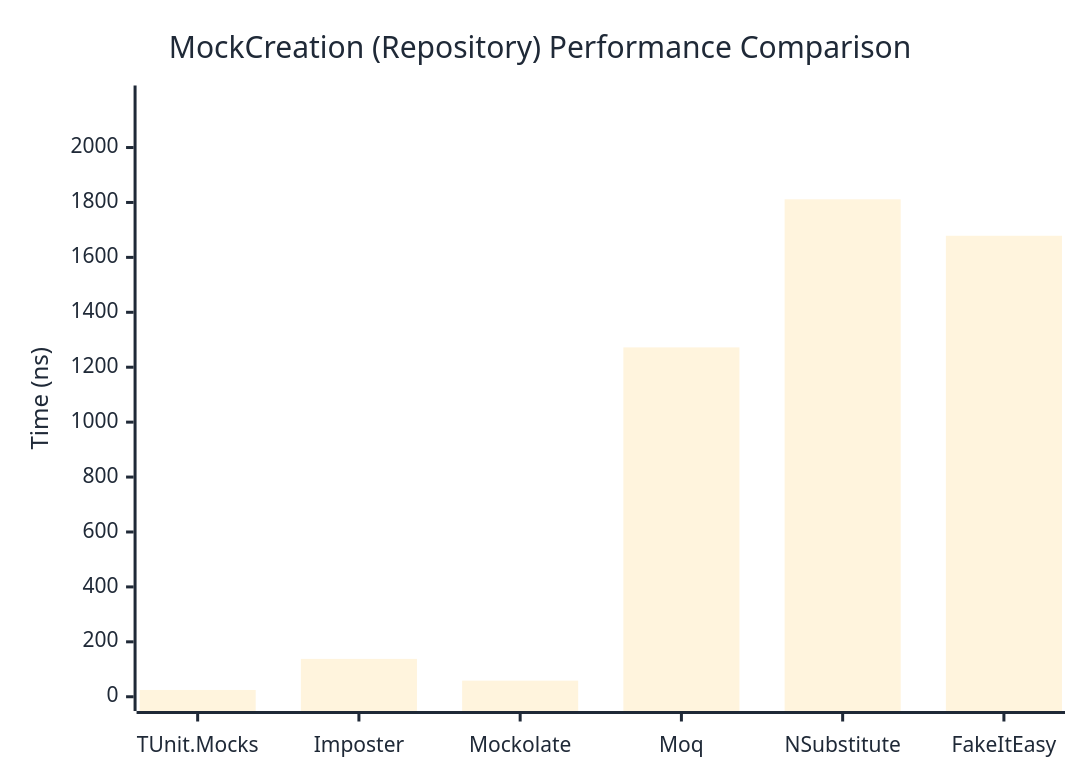
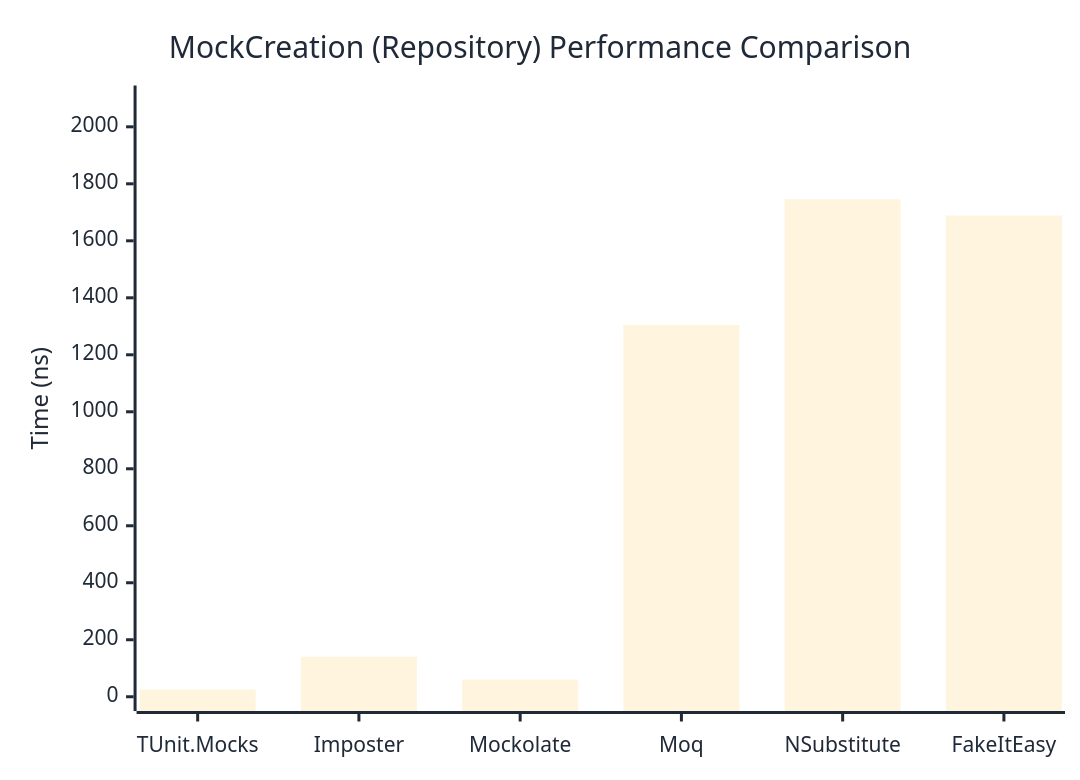
Before and after one commit to weiyilai/TUnit: the second of 2 diagrams in docs/docs/benchmarks/mocks/MockCreation.md, drawn with Mermaid. The commit also changed other lines of this file and 14 other files, not shown here.

````diff
--- a/docs/docs/benchmarks/mocks/MockCreation.md
+++ b/docs/docs/benchmarks/mocks/MockCreation.md
@@ -69,27 +69,27 @@
 ```mermaid
 %%{init: {
   'theme':'base',
   'themeVariables': {
     'primaryColor': '#2563eb',
     'primaryTextColor': '#1f2937',
     'primaryBorderColor': '#1e40af',
     'lineColor': '#6b7280',
     'secondaryColor': '#7c3aed',
     'tertiaryColor': '#dc2626',
     'background': '#ffffff',
     'pie1': '#2563eb',
     'pie2': '#7c3aed',
     'pie3': '#dc2626',
     'pie4': '#f59e0b',
     'pie5': '#10b981',
     'pie6': '#06b6d4',
     'pie7': '#ec4899',
     'pie8': '#6366f1'
   }
 }}%%
 xychart-beta
   title "MockCreation (Repository) Performance Comparison"
   x-axis ["TUnit.Mocks", "Imposter", "Mockolate", "Moq", "NSubstitute", "FakeItEasy"]
-  y-axis "Time (ns)" 0 --> 2174
-  bar [24.71, 137.84, 58.62, 1272.2, 1811.44, 1678.73]
+  y-axis "Time (ns)" 0 --> 2095
+  bar [25.27, 140.41, 60.52, 1304.83, 1745.38, 1688.84]
 ```
````
